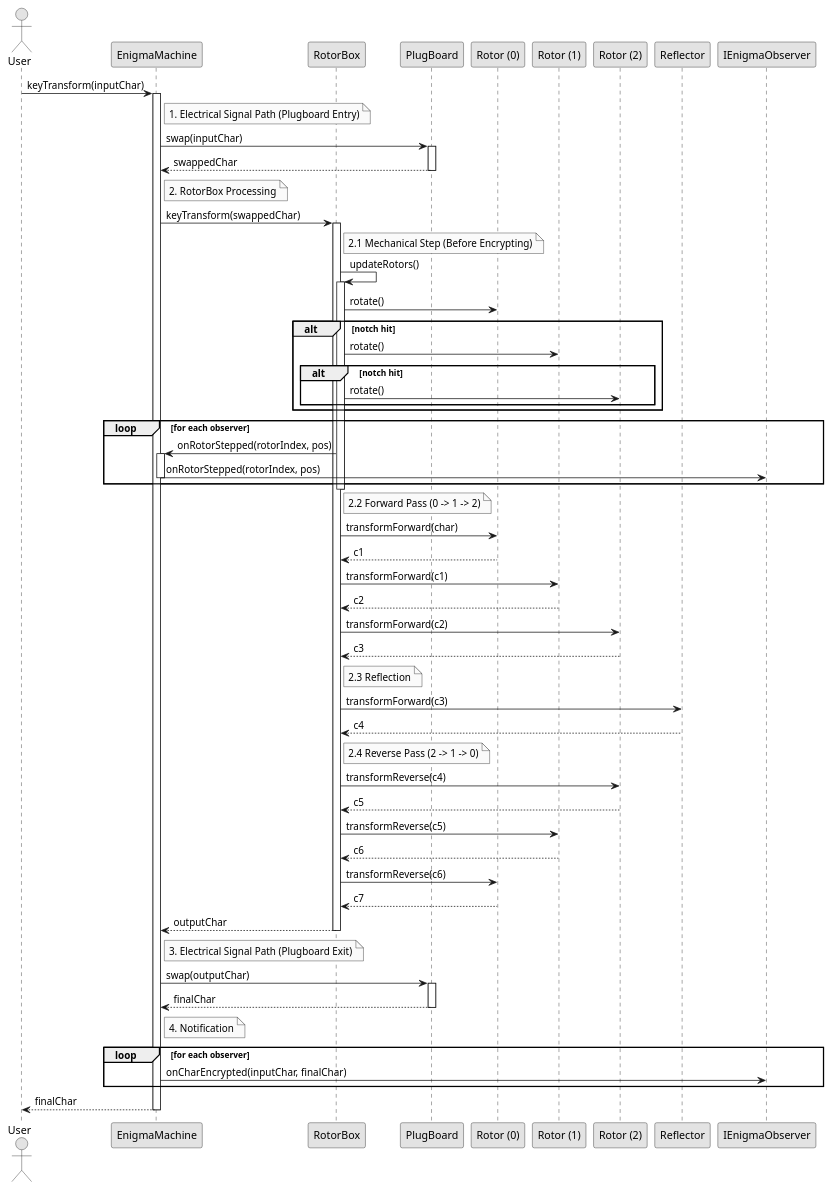
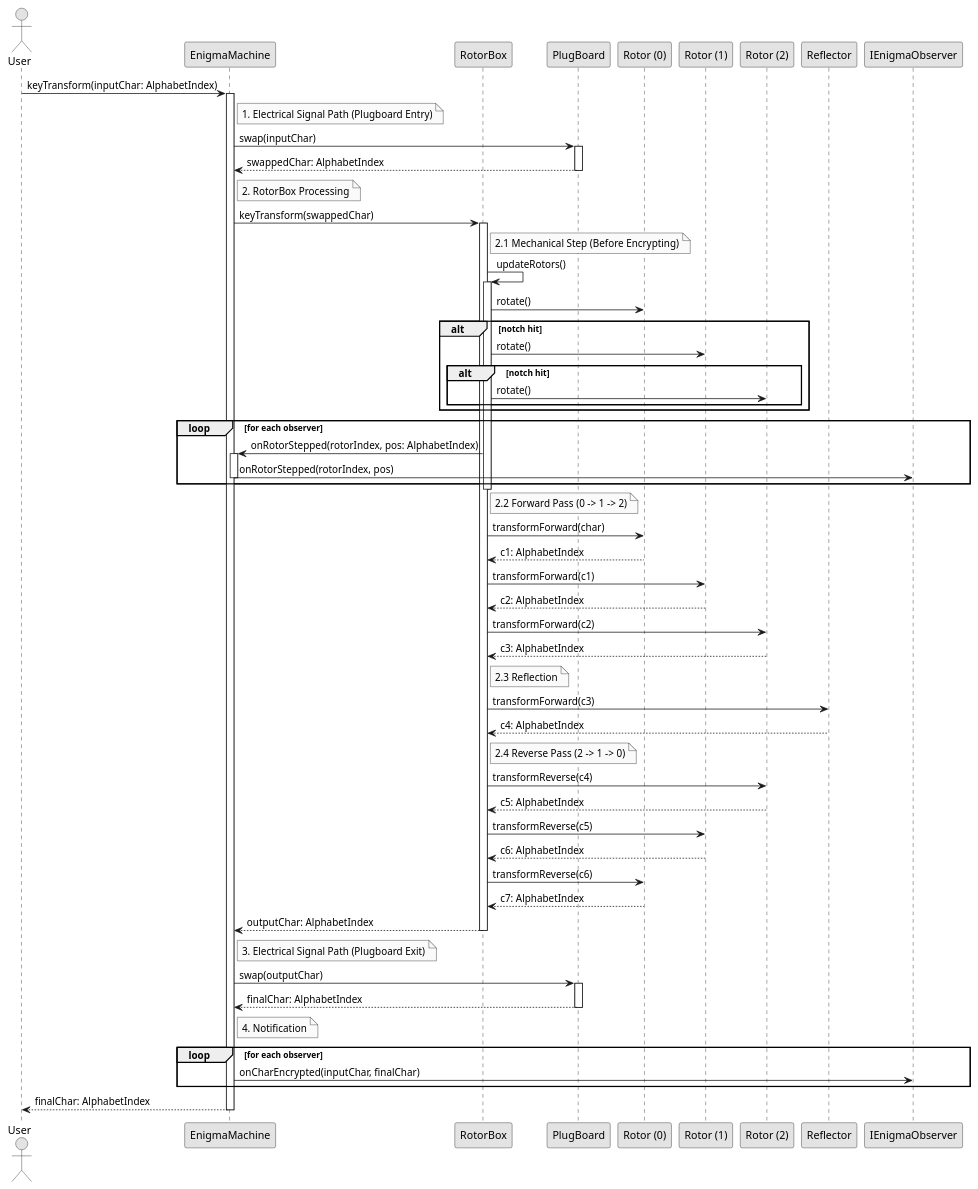
Before and after one commit to alvarocleite/EnigmaMachineCore: the diagram in docs/diagrams/encryption_sequence.puml, drawn with PlantUML. The commit also changed 26 other files, not shown here.

```diff
--- a/docs/diagrams/encryption_sequence.puml
+++ b/docs/diagrams/encryption_sequence.puml
@@ -1,86 +1,86 @@
 @startuml Enigma_Encryption_Sequence_Diagram
 
 skinparam monochrome true
 skinparam responseMessageBelowArrow true
 
 actor User
 participant "EnigmaMachine" as EM
 participant "RotorBox" as RB
 participant "PlugBoard" as PB
 participant "Rotor (0)" as R0
 participant "Rotor (1)" as R1
 participant "Rotor (2)" as R2
 participant "Reflector" as REF
 participant "IEnigmaObserver" as OBS
 
-User -> EM: keyTransform(inputChar)
+User -> EM: keyTransform(inputChar: AlphabetIndex)
 activate EM
 
     note right of EM: 1. Electrical Signal Path (Plugboard Entry)
     EM -> PB: swap(inputChar)
     activate PB
-    PB --> EM: swappedChar
+    PB --> EM: swappedChar: AlphabetIndex
     deactivate PB
 
     note right of EM: 2. RotorBox Processing
     EM -> RB: keyTransform(swappedChar)
     activate RB
 
         note right of RB: 2.1 Mechanical Step (Before Encrypting)
         RB -> RB: updateRotors()
         activate RB
             RB -> R0: rotate()
             alt notch hit
                 RB -> R1: rotate()
                 alt notch hit
                     RB -> R2: rotate()
                 end
             end
             
             loop for each observer
-                RB -> EM: onRotorStepped(rotorIndex, pos)
+                RB -> EM: onRotorStepped(rotorIndex, pos: AlphabetIndex)
                 activate EM
                     EM -> OBS: onRotorStepped(rotorIndex, pos)
                 deactivate EM
             end
         deactivate RB
         
         note right of RB: 2.2 Forward Pass (0 -> 1 -> 2)
         RB -> R0: transformForward(char)
-        R0 --> RB: c1
+        R0 --> RB: c1: AlphabetIndex
         RB -> R1: transformForward(c1)
-        R1 --> RB: c2
+        R1 --> RB: c2: AlphabetIndex
         RB -> R2: transformForward(c2)
-        R2 --> RB: c3
+        R2 --> RB: c3: AlphabetIndex
 
         note right of RB: 2.3 Reflection
         RB -> REF: transformForward(c3)
-        REF --> RB: c4
+        REF --> RB: c4: AlphabetIndex
 
         note right of RB: 2.4 Reverse Pass (2 -> 1 -> 0)
         RB -> R2: transformReverse(c4)
-        R2 --> RB: c5
+        R2 --> RB: c5: AlphabetIndex
         RB -> R1: transformReverse(c5)
-        R1 --> RB: c6
+        R1 --> RB: c6: AlphabetIndex
         RB -> R0: transformReverse(c6)
-        R0 --> RB: c7
+        R0 --> RB: c7: AlphabetIndex
 
-    RB --> EM: outputChar
+    RB --> EM: outputChar: AlphabetIndex
     deactivate RB
 
     note right of EM: 3. Electrical Signal Path (Plugboard Exit)
     EM -> PB: swap(outputChar)
     activate PB
-    PB --> EM: finalChar
+    PB --> EM: finalChar: AlphabetIndex
     deactivate PB
 
     note right of EM: 4. Notification
     loop for each observer
         EM -> OBS: onCharEncrypted(inputChar, finalChar)
     end
 
-EM --> User: finalChar
+EM --> User: finalChar: AlphabetIndex
 deactivate EM
 
 
 @enduml
```
